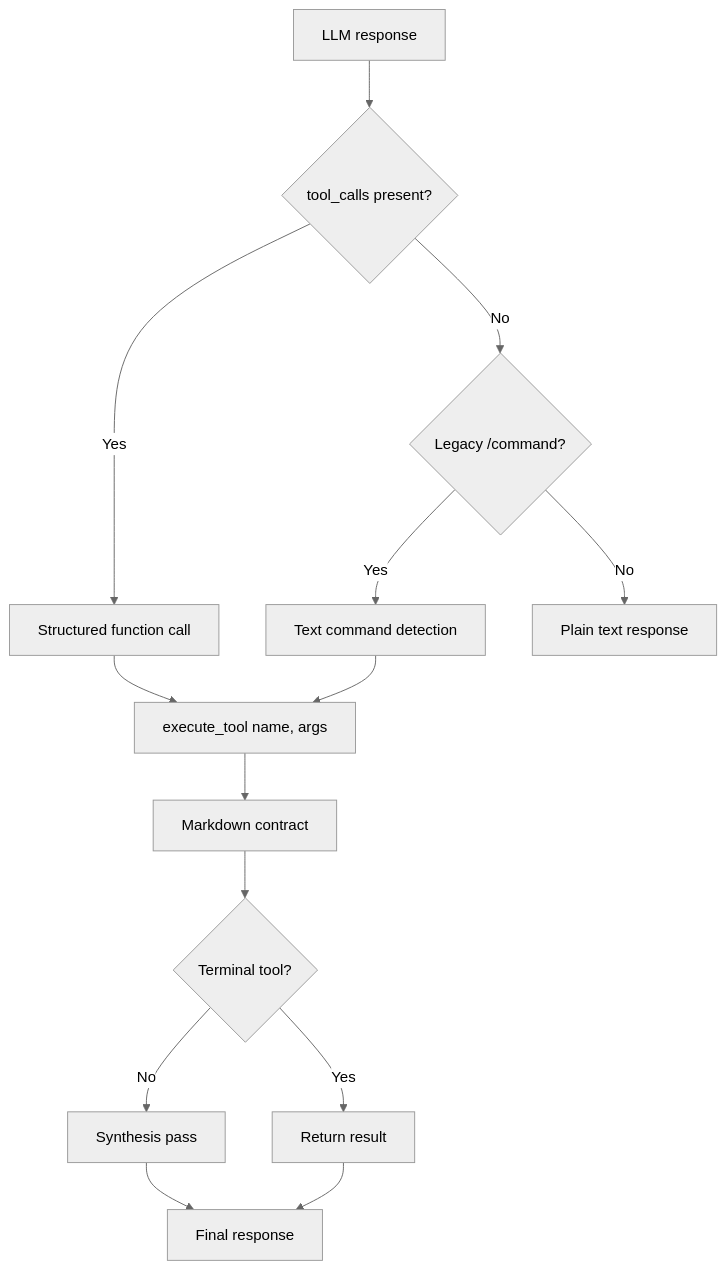
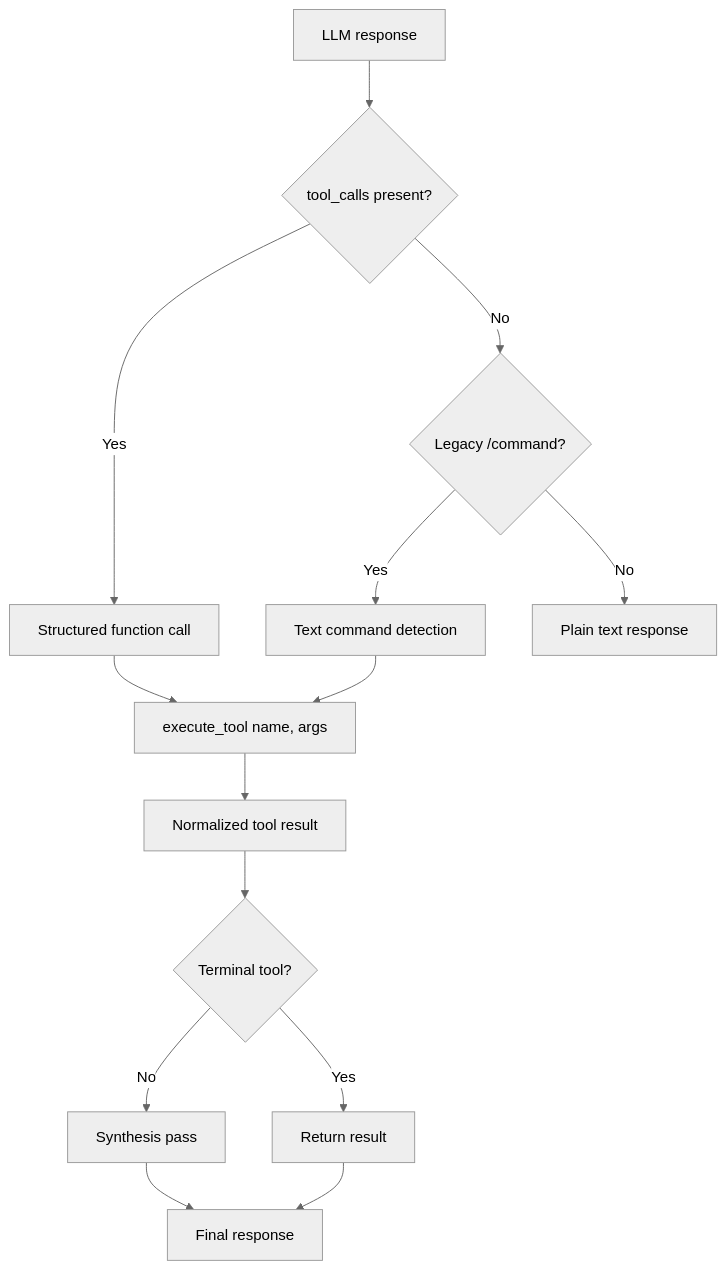
The sixth of 9 diagrams in app/README.md (icedeyes12/yuzu-companion), drawn with Mermaid (neutral theme) before and after one commit. The commit also changed other lines of this file and 19 other files, not shown here.

````diff
--- a/app/README.md
+++ b/app/README.md
@@ -372,16 +386,16 @@
 ```mermaid
 flowchart TD
     A[LLM response] --> B{tool_calls present?}
     B -->|Yes| C[Structured function call]
     B -->|No| D{Legacy /command?}
     D -->|Yes| E[Text command detection]
     D -->|No| F[Plain text response]
     C --> G[execute_tool name, args]
     E --> G
-    G --> H[Markdown contract]
+    G --> H[Normalized tool result]
     H --> I{Terminal tool?}
     I -->|Yes| J[Return result]
     I -->|No| K[Synthesis pass]
     K --> L[Final response]
     J --> L
 ```
````
